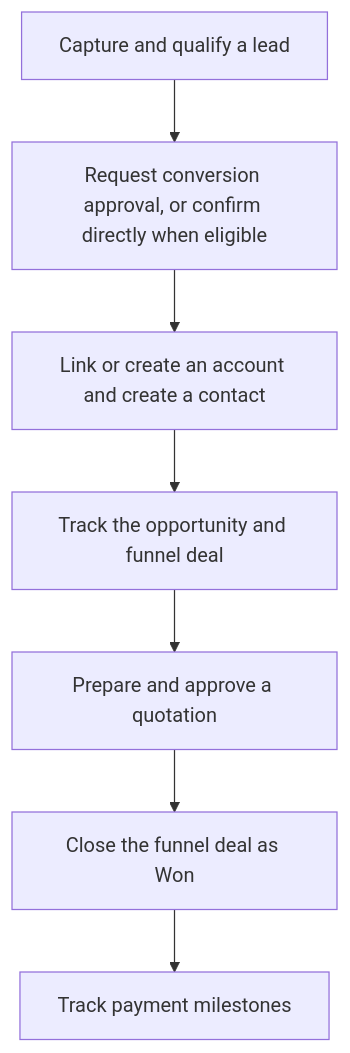
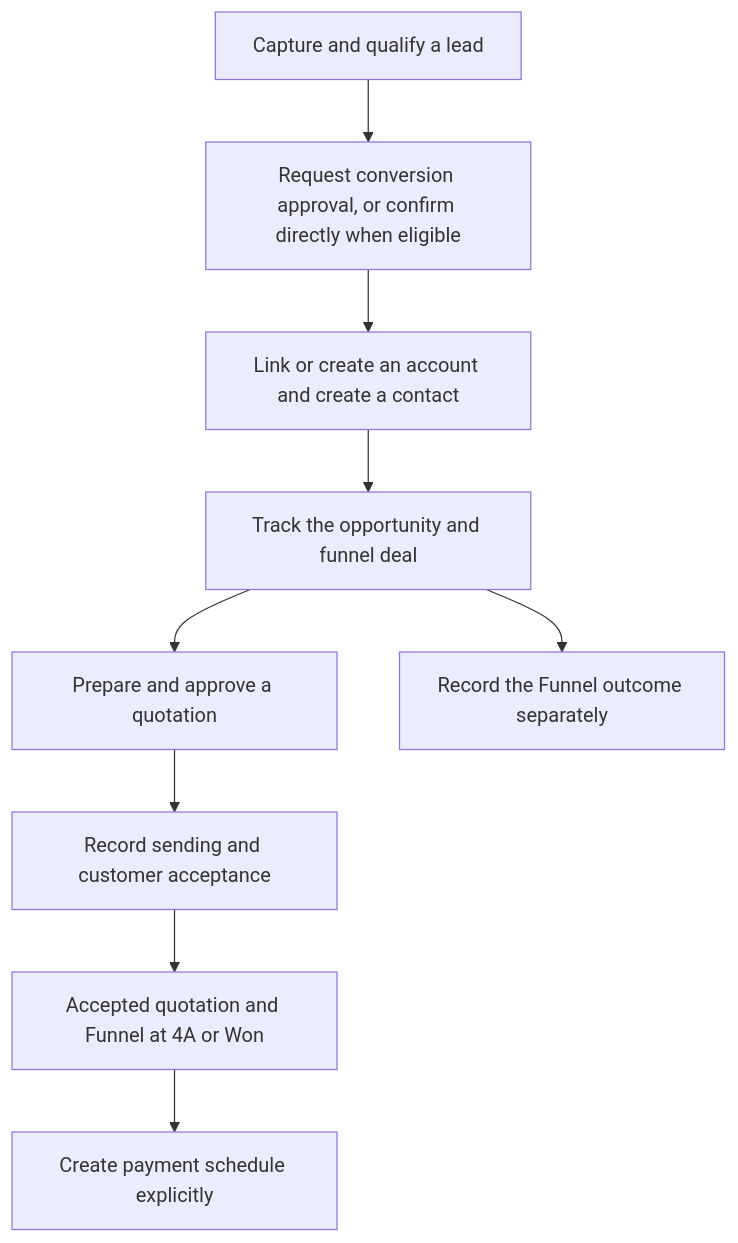
The diagram in docs/user-guide/README.md (Super-ERP/crm-v2), drawn with Mermaid before and after one commit. The commit also changed 17 other files, not shown here.

````diff
--- a/docs/user-guide/README.md
+++ b/docs/user-guide/README.md
@@ -48,9 +48,11 @@
 ```mermaid
 flowchart TD
     L["Capture and qualify a lead"] --> C["Request conversion approval, or confirm directly when eligible"]
     C --> A["Link or create an account and create a contact"]
     A --> F["Track the opportunity and funnel deal"]
     F --> Q["Prepare and approve a quotation"]
-    Q --> W["Close the funnel deal as Won"]
-    W --> M["Track payment milestones"]
+    Q --> S["Record sending and customer acceptance"]
+    S --> E["Accepted quotation and Funnel at 4A or Won"]
+    E --> M["Create payment schedule explicitly"]
+    F --> W["Record the Funnel outcome separately"]
 ```
````
